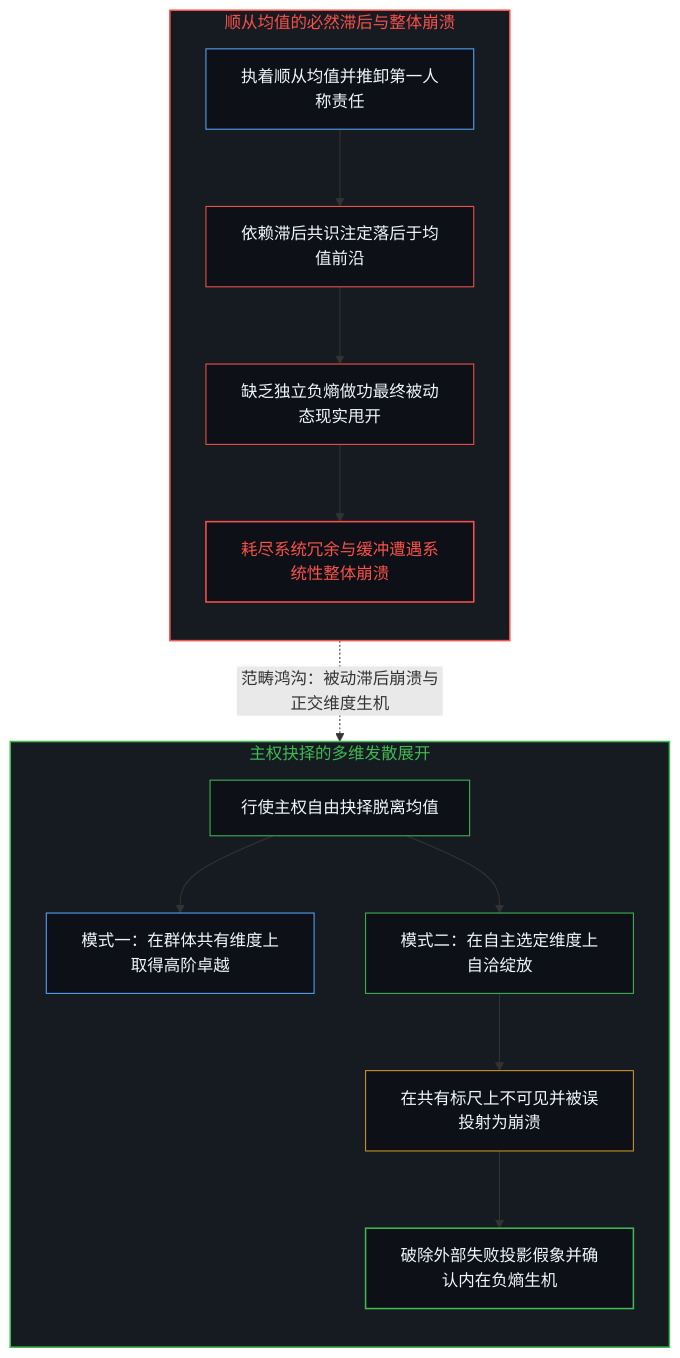
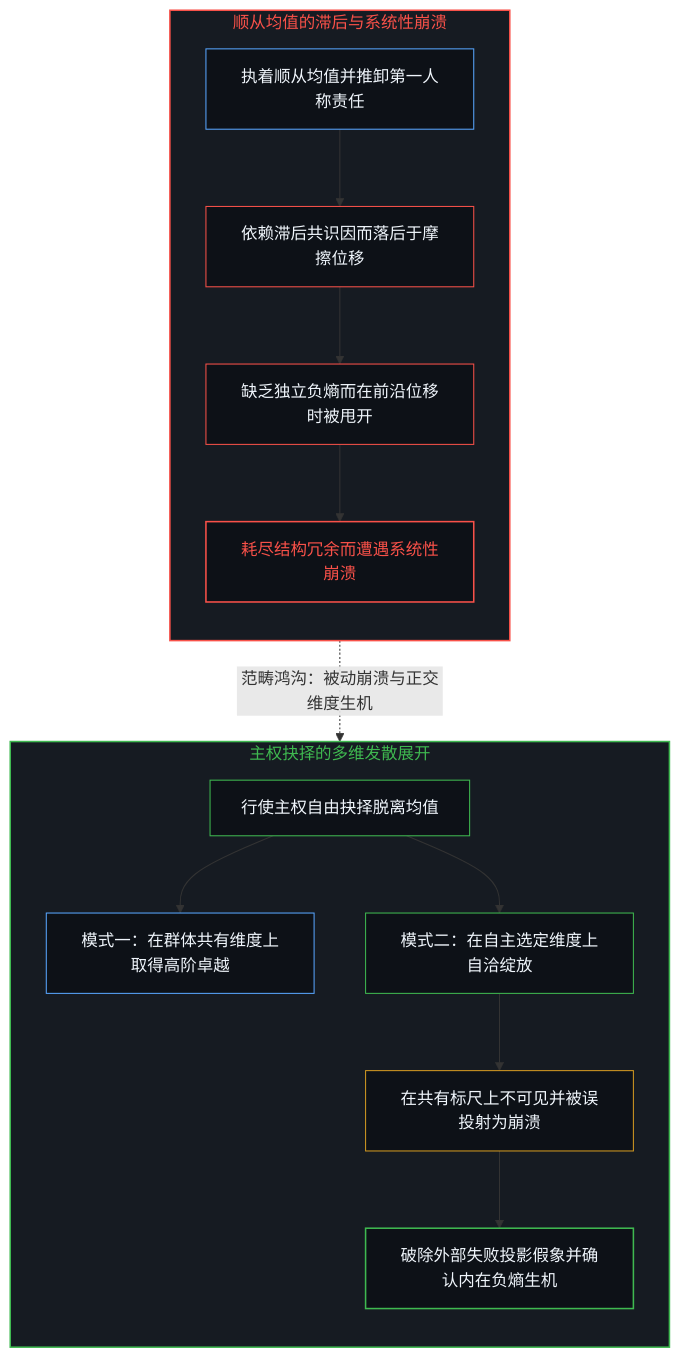
Before and after one commit to powerpig99/not-a-toe: the seventh of 10 diagrams in content/posts/the-explanatory-trap-of-the-ordinary-perspective.md, drawn with Mermaid. The commit also changed other lines of this file and 4 other files, not shown here.

````diff
--- a/content/posts/the-explanatory-trap-of-the-ordinary-perspective.md
+++ b/content/posts/the-explanatory-trap-of-the-ordinary-perspective.md
@@ -221,28 +217,28 @@
 ```mermaid
 flowchart TD
-    subgraph S_MeanConformity ["顺从均值的必然滞后与整体崩溃"]
+    subgraph S_MeanConformity ["顺从均值的滞后与系统性崩溃"]
         direction TB
-        C_Conform["执着顺从均值并推卸第一人称责任"] --> C_Lag["依赖滞后共识注定落后于均值前沿"]
-        C_Lag --> C_Outrun["缺乏独立负熵做功最终被动态现实甩开"]
-        C_Outrun --> C_Collapse["耗尽系统冗余与缓冲遭遇系统性整体崩溃"]
+        C_Conform["执着顺从均值并推卸第一人称责任"] --> C_Lag["依赖滞后共识因而落后于摩擦位移"]
+        C_Lag --> C_Outrun["缺乏独立负熵而在前沿位移时被甩开"]
+        C_Outrun --> C_Collapse["耗尽结构冗余而遭遇系统性崩溃"]
     end
     subgraph S_SovereignBreak ["主权抉择的多维发散展开"]
         direction TB
         S_Break["行使主权自由抉择脱离均值"] --> S_Shared["模式一：在群体共有维度上取得高阶卓越"]
         S_Break --> S_Orthogonal["模式二：在自主选定维度上自洽绽放"]
         S_Orthogonal --> S_Projection["在共有标尺上不可见并被误投射为崩溃"]
         S_Projection --> S_Reality["破除外部失败投影假象并确认内在负熵生机"]
     end
-    C_Collapse -.->|"范畴鸿沟：被动滞后崩溃与正交维度生机"| S_Projection
+    C_Collapse -.->|"范畴鸿沟：被动崩溃与正交维度生机"| S_Projection
     style S_MeanConformity fill:#161b22,stroke:#f85149,stroke-width:1.5px,color:#f85149
     style S_SovereignBreak fill:#161b22,stroke:#3fb950,stroke-width:1.5px,color:#3fb950
     style C_Conform fill:#0d1117,stroke:#58a6ff,stroke-width:1px,color:#f0f6fc
     style C_Lag fill:#0d1117,stroke:#f85149,stroke-width:1px,color:#f0f6fc
     style C_Outrun fill:#0d1117,stroke:#f85149,stroke-width:1px,color:#f0f6fc
     style C_Collapse fill:#0d1117,stroke:#f85149,stroke-width:1.5px,color:#f85149
     style S_Break fill:#0d1117,stroke:#3fb950,stroke-width:1px,color:#f0f6fc
     style S_Shared fill:#0d1117,stroke:#58a6ff,stroke-width:1px,color:#f0f6fc
     style S_Orthogonal fill:#0d1117,stroke:#3fb950,stroke-width:1px,color:#f0f6fc
     style S_Projection fill:#0d1117,stroke:#d29922,stroke-width:1px,color:#f0f6fc
     style S_Reality fill:#0d1117,stroke:#3fb950,stroke-width:1.5px,color:#f0f6fc
 ```
````
